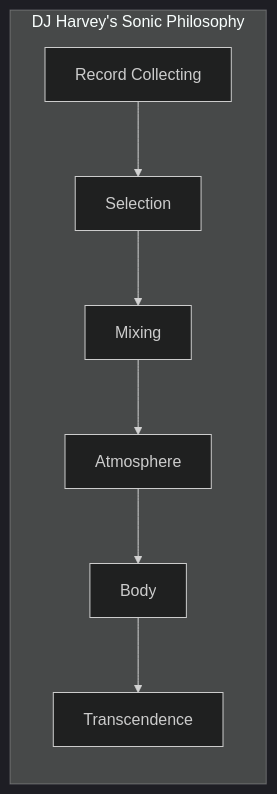
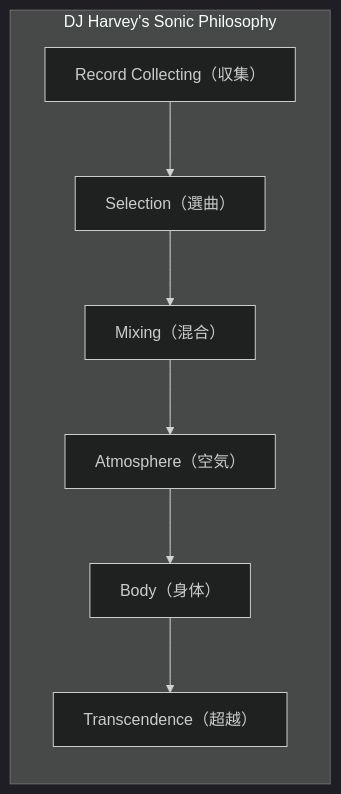
Before and after one commit to monumental-movement/monumental-movement.github.io: the second of 5 diagrams in en/_posts/2025-10-27-column-harvey-vinyl.md, drawn with Mermaid (dark theme). The commit also changed other lines of this file and 211 other files, not shown here.

```diff
--- a/en/_posts/2025-10-27-column-harvey-vinyl.md
+++ b/en/_posts/2025-10-27-column-harvey-vinyl.md
@@ -158,25 +158,25 @@
 <div class="mermaid">
 
 flowchart TD
-A["Record Collecting"]
-B["Selection"]
-C["Mixing"]
-D["Atmosphere"]
-E["Body"]
-F["Transcendence"]
+    A["Record Collecting（収集）"]
+    B["Selection（選曲）"]
+    C["Mixing（混合）"]
+    D["Atmosphere（空気）"]
+    E["Body（身体）"]
+    F["Transcendence（超越）"]
 
-A --> B --> C --> D --> E --> F
+    A --> B --> C --> D --> E --> F
 
-subgraph HarveyWorld["DJ Harvey's Sonic Philosophy"]
-direction TB
-A
-B
-C
-D
-E
-F
-end
+    subgraph HarveyWorld["DJ Harvey's Sonic Philosophy"]
+    direction TB
+    A
+    B
+    C
+    D
+    E
+    F
+    end
 
 
 
 </div>
```
